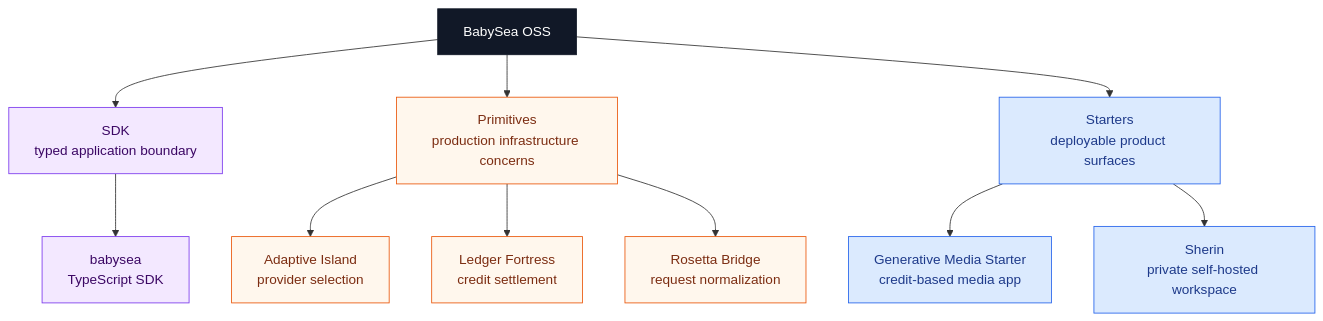
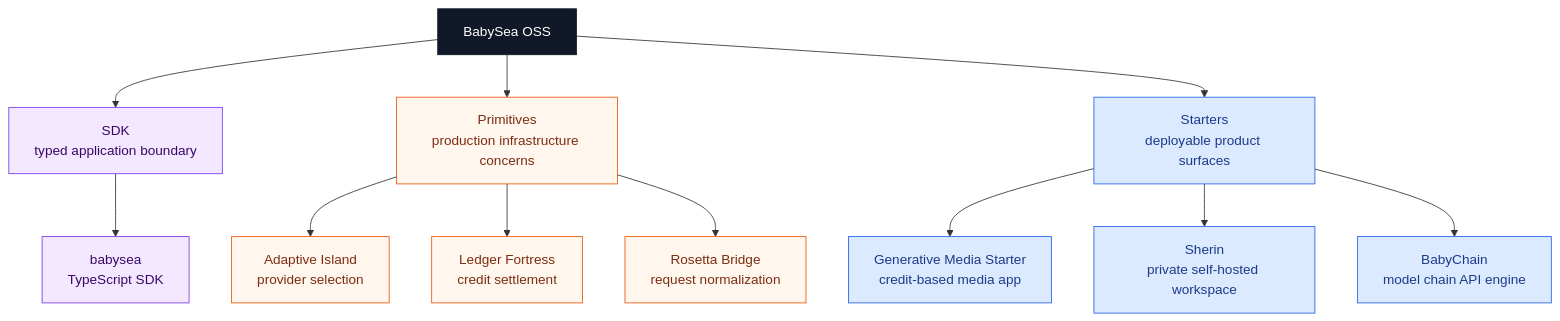
Before and after one commit to babysea-community/.github: the second of 2 diagrams in profile/README.md, drawn with Mermaid. The commit also changed other lines of this file, not shown here.

````diff
--- a/profile/README.md
+++ b/profile/README.md
@@ -80,24 +80,25 @@
 ```mermaid
 flowchart TB
   oss["BabySea OSS"] --> sdk["SDK<br/>typed application boundary"]
   oss --> primitives["Primitives<br/>production infrastructure concerns"]
   oss --> starters["Starters<br/>deployable product surfaces"]
 
   sdk --> babysea["babysea<br/>TypeScript SDK"]
 
   primitives --> adaptive["Adaptive Island<br/>provider selection"]
   primitives --> ledger["Ledger Fortress<br/>credit settlement"]
   primitives --> rosetta["Rosetta Bridge<br/>request normalization"]
 
   starters --> media["Generative Media Starter<br/>credit-based media app"]
   starters --> sherin["Sherin<br/>private self-hosted workspace"]
+  starters --> babychain["BabyChain<br/>model chain API engine"]
 
   classDef root fill:#111827,stroke:#111827,color:#FFFFFF;
   classDef sdkClass fill:#F3E8FF,stroke:#7C3AED,color:#3B0764;
   classDef primitiveClass fill:#FFF7ED,stroke:#EA580C,color:#7C2D12;
   classDef starterClass fill:#DBEAFE,stroke:#2563EB,color:#1E3A8A;
   class oss root;
   class sdk,babysea sdkClass;
   class primitives,adaptive,ledger,rosetta primitiveClass;
-  class starters,media,sherin starterClass;
+  class starters,media,sherin,babychain starterClass;
 ```
````
